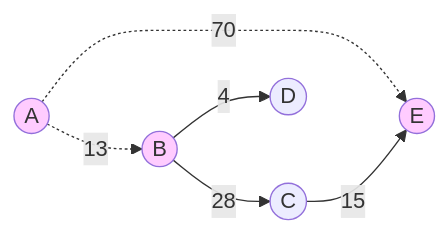
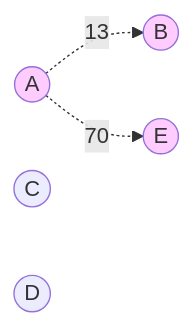
Before and after one commit to dmjcb/SelfBlog: the second of 4 diagrams in DataStructures/Graph/2022-02-13-SPFA最短路.md, drawn with Mermaid. The commit also changed other lines of this file and 224 other files, not shown here.

````diff
--- a/DataStructures/Graph/2022-02-13-SPFA最短路.md
+++ b/DataStructures/Graph/2022-02-13-SPFA最短路.md
@@ -54,19 +49,16 @@
 ```mermaid
 graph LR
     A((A))
     B((B))
     C((C))
     D((D))
     E((E))
 
     A -.13-.-> B
     A -.70-.-> E
-    B --28--> C
-    B --4--> D
-    C --15--> E
 
     A:::Style
     B:::Style
     E:::Style
     classDef Style fill:#FFCCFF
 ```
````
